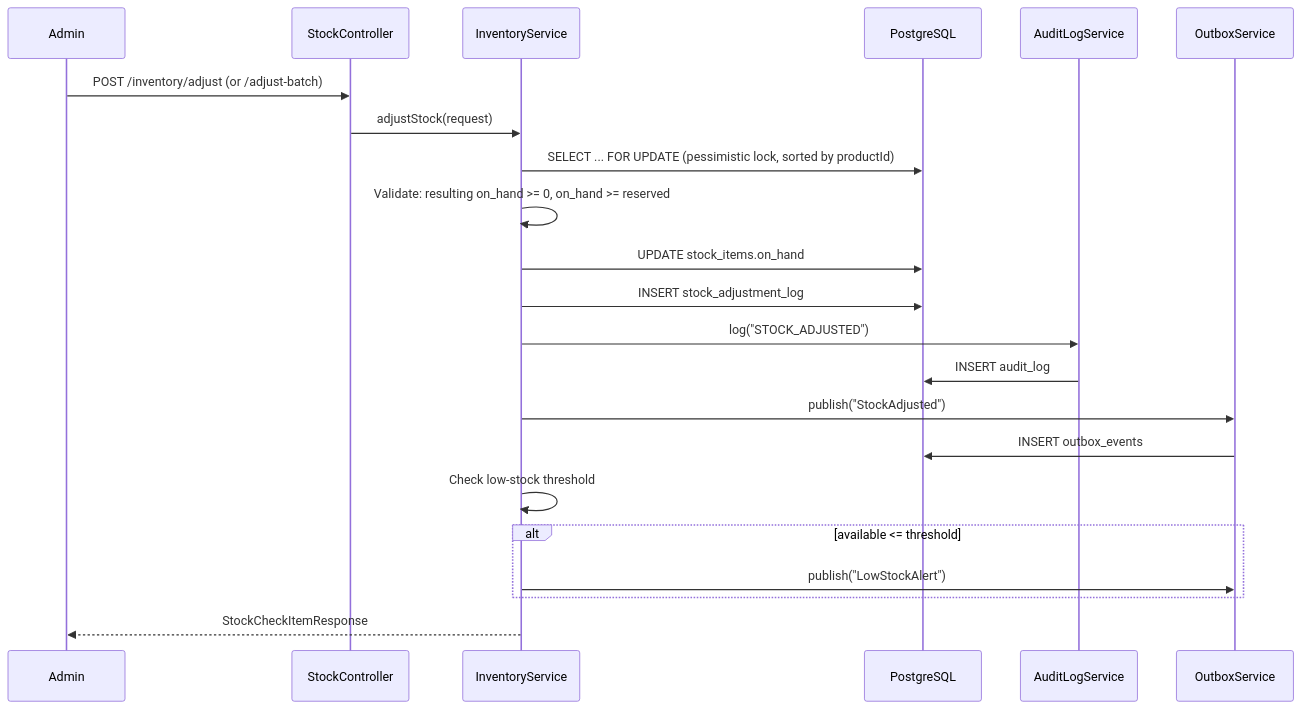
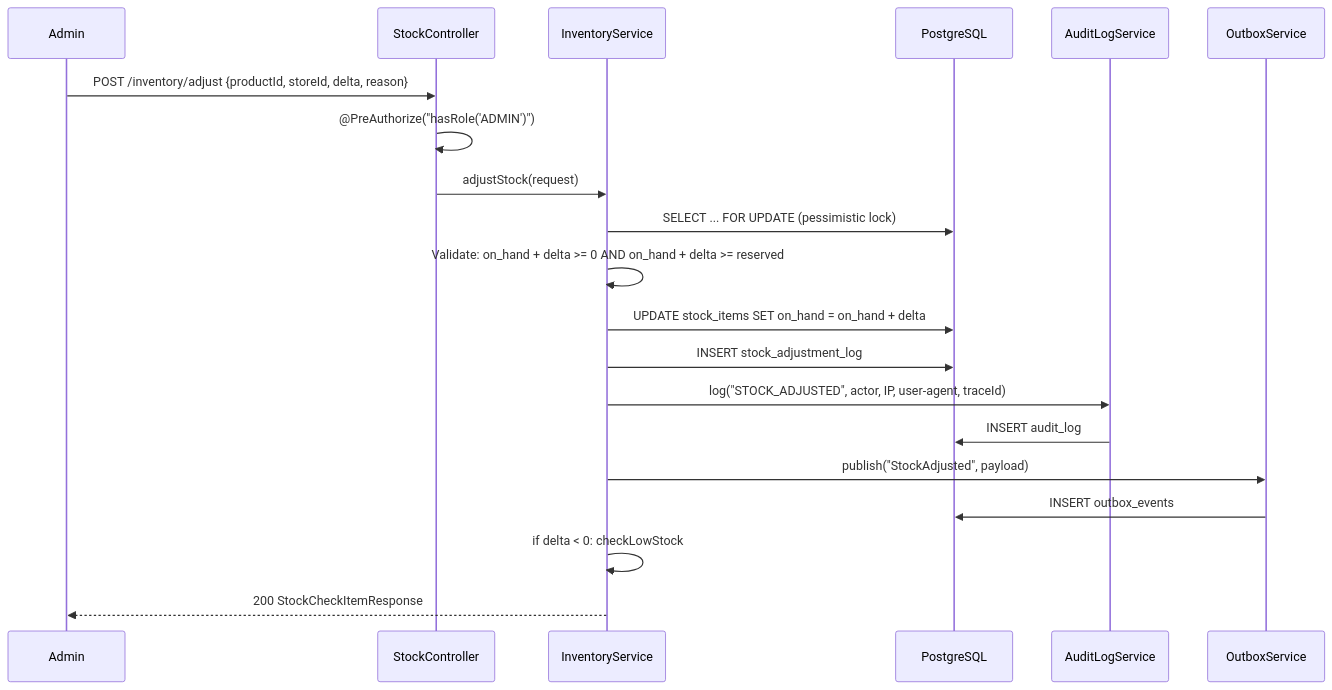
Before and after one commit to sunitakeazycommerz-a11y/InstaCommerce: the sixth of 8 diagrams in services/inventory-service/README.md, drawn with Mermaid. The commit also changed other lines of this file and 554 other files, not shown here.

````diff
--- a/services/inventory-service/README.md
+++ b/services/inventory-service/README.md
@@ -146,25 +393,23 @@
 ```mermaid
 sequenceDiagram
     participant Admin
     participant SC as StockController
     participant IS as InventoryService
     participant DB as PostgreSQL
     participant AL as AuditLogService
     participant OB as OutboxService
 
-    Admin->>SC: POST /inventory/adjust (or /adjust-batch)
+    Admin->>SC: POST /inventory/adjust {productId, storeId, delta, reason}
+    SC->>SC: @PreAuthorize("hasRole('ADMIN')")
     SC->>IS: adjustStock(request)
-    IS->>DB: SELECT ... FOR UPDATE (pessimistic lock, sorted by productId)
-    IS->>IS: Validate: resulting on_hand >= 0, on_hand >= reserved
-    IS->>DB: UPDATE stock_items.on_hand
+    IS->>DB: SELECT ... FOR UPDATE (pessimistic lock)
+    IS->>IS: Validate: on_hand + delta >= 0 AND on_hand + delta >= reserved
+    IS->>DB: UPDATE stock_items SET on_hand = on_hand + delta
     IS->>DB: INSERT stock_adjustment_log
-    IS->>AL: log("STOCK_ADJUSTED")
+    IS->>AL: log("STOCK_ADJUSTED", actor, IP, user-agent, traceId)
     AL->>DB: INSERT audit_log
-    IS->>OB: publish("StockAdjusted")
+    IS->>OB: publish("StockAdjusted", payload)
     OB->>DB: INSERT outbox_events
-    IS->>IS: Check low-stock threshold
-    alt available <= threshold
-        IS->>OB: publish("LowStockAlert")
-    end
-    IS-->>Admin: StockCheckItemResponse
+    IS->>IS: if delta < 0: checkLowStock
+    IS-->>Admin: 200 StockCheckItemResponse
 ```
````
